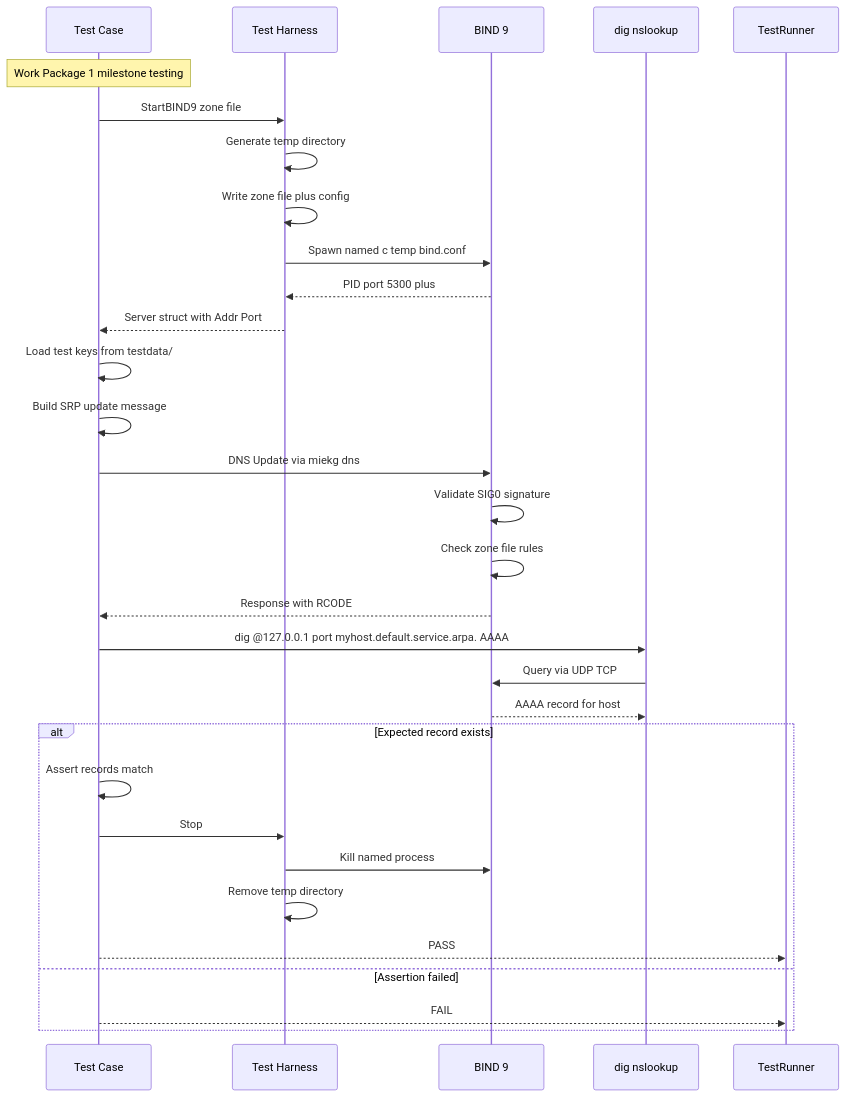
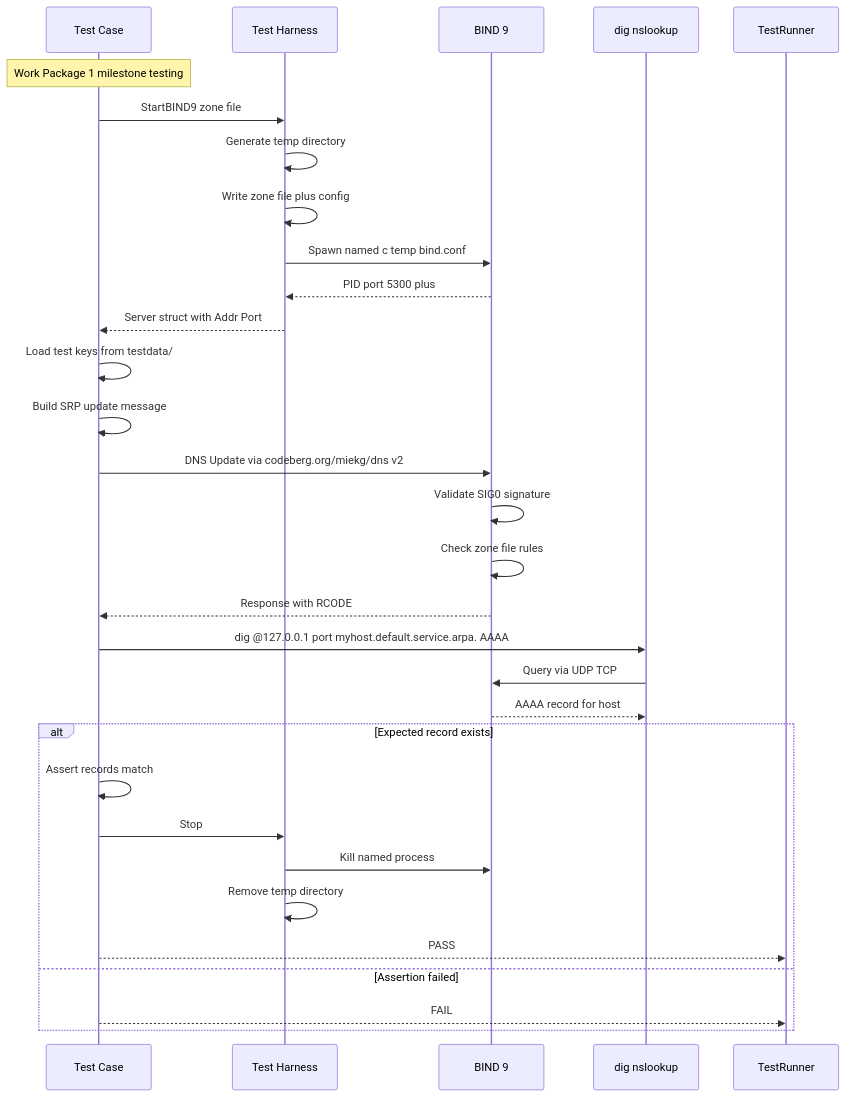
The second of 6 diagrams in diagrams/test-harness.md (NetworkCommons/sig0lease), drawn with Mermaid before and after one commit. The commit also changed other lines of this file and 8 other files, not shown here.

Commit message:
Trying to address: - quotes miekg dns module v1 on github, should be v2 https://codeberg.org/miekg/dns for forward sustainability - mentions ECDSAP256SHA256 for SIG0 should be ED25519 keypairs for sig0namectl compat.

````diff
--- a/diagrams/test-harness.md
+++ b/diagrams/test-harness.md
@@ -57,38 +57,38 @@
 ```mermaid
 sequenceDiagram
     participant Test as Test Case
     participant Harness as Test Harness
     participant Bind as BIND 9
     participant Dig as dig nslookup
 
     Note over Test: Work Package 1 milestone testing
 
     Test->>Harness: StartBIND9 zone file
     Harness->>Harness: Generate temp directory
     Harness->>Harness: Write zone file plus config
     Harness->>Bind: Spawn named c temp bind.conf
     Bind-->>Harness: PID port 5300 plus
     Harness-->>Test: Server struct with Addr Port
 
     Test->>Test: Load test keys from testdata/
     Test->>Test: Build SRP update message
 
-    Test->>Bind: DNS Update via miekg dns
+     Test->>Bind: DNS Update via codeberg.org/miekg/dns v2
     Bind->>Bind: Validate SIG0 signature
     Bind->>Bind: Check zone file rules
     Bind-->>Test: Response with RCODE
 
     Test->>Dig: dig @127.0.0.1 port myhost.default.service.arpa. AAAA
     Dig->>Bind: Query via UDP TCP
     Bind-->>Dig: AAAA record for host
 
     alt Expected record exists
         Test->>Test: Assert records match
         Test->>Harness: Stop
         Harness->>Bind: Kill named process
         Harness->>Harness: Remove temp directory
         Test-->>TestRunner: PASS
     else Assertion failed
         Test-->>TestRunner: FAIL
     end
 ```
````
